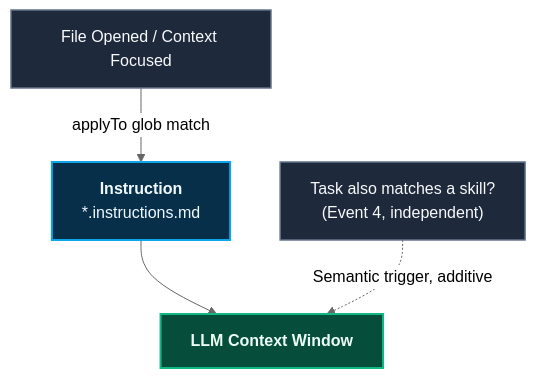
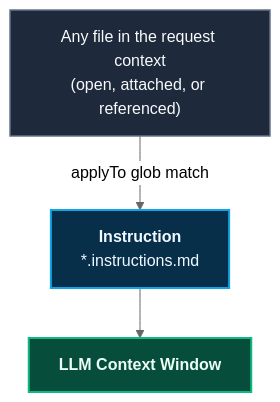
The first of 4 diagrams in website/docs/guide/persistent-context.md (ALTEN-group/coding-pal), drawn with Mermaid (neutral theme) before and after one commit. The commit also changed other lines of this file, not shown here.

Commit message:
refactor: clarify context lifecycle and entry points in persistent context documentation

````diff
--- a/website/docs/guide/persistent-context.md
+++ b/website/docs/guide/persistent-context.md
@@ -16,17 +16,16 @@
 ```mermaid
 ---
-caption: Always-On Instruction Loading
+caption: Instructions load on every turn, regardless of what else happens
 ---
 flowchart TD
-    E1["File Opened / Context Focused"] -->|"applyTo glob match"| I["<b>Instruction</b><br/>*.instructions.md"]
+    F["Any file in the request context<br/>(open, attached, or referenced)"] -->|"applyTo glob match"| I["<b>Instruction</b><br/>*.instructions.md"]
     I --> CTX["<b>LLM Context Window</b>"]
-    E4b["Task also matches a skill?<br/>(Event 4, independent)"] -.->|"Semantic trigger, additive"| CTX
 
     classDef instruction fill:#082f49,stroke:#0ea5e9,stroke-width:2px,color:#f0f9ff;
     classDef execution fill:#064e3b,stroke:#10b981,stroke-width:2px,color:#ecfdf5;
     classDef event fill:#1e293b,stroke:#64748b,stroke-width:1.5px,color:#f8fafc;
 
     class I instruction;
     class CTX execution;
-    class E1,E4b event;
+    class F event;
 ```
````
